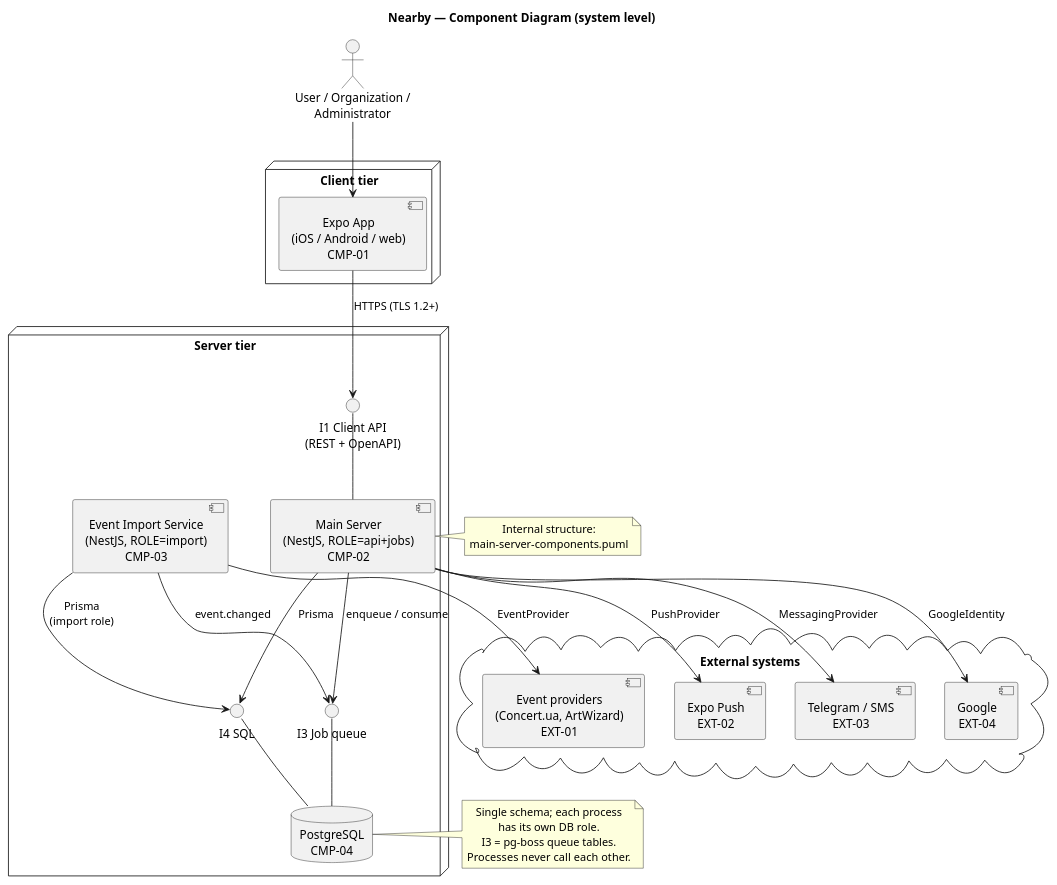
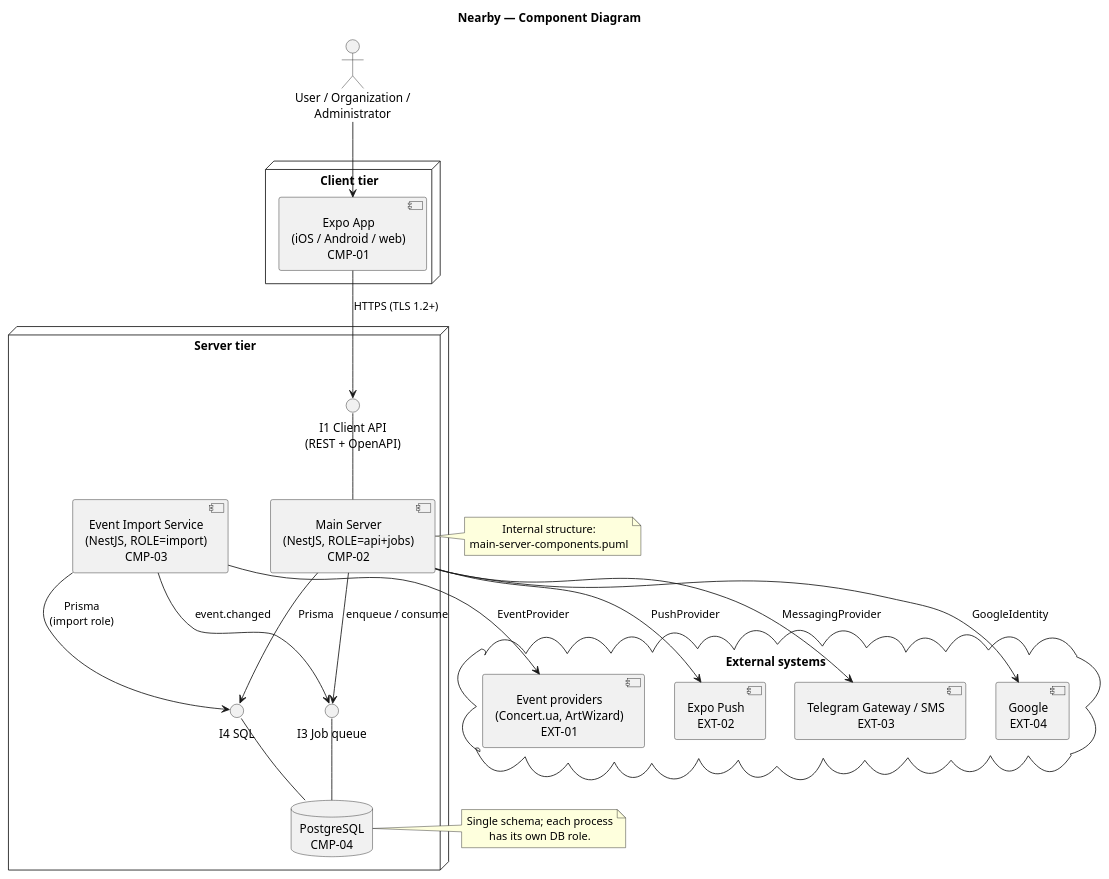
Before and after one commit to ukma-fin-ssdm-2026/pun-intended-team: the diagram in docs/architecture/uml/component-diagram.puml, drawn with PlantUML. The commit also changed 8 other files, not shown here.

Commit message:
(#52) Apply data model changes to architecture docs

```diff
--- a/docs/architecture/uml/component-diagram.puml
+++ b/docs/architecture/uml/component-diagram.puml
@@ -1,59 +1,61 @@
 @startuml component-diagram
-title Nearby — Component Diagram (system level)
+/'
+  AI Usage Note
+  Drafted with Claude from an architecture discussion led by Viktoriia Baran.
+'/
+title Nearby — Component Diagram
 
 skinparam componentStyle uml2
 skinparam shadowing false
 skinparam defaultTextAlignment center
 
 actor "User / Organization /\nAdministrator" as Actor
 
 node "Client tier" {
   [Expo App\n(iOS / Android / web)\nCMP-01] as CMP01
 }
 
 node "Server tier" {
   () "I1 Client API\n(REST + OpenAPI)" as I1
   [Main Server\n(NestJS, ROLE=api+jobs)\nCMP-02] as CMP02
-  [Event Import Service\n(NestJS, ROLE=import)\nCMP-03] as CMP04
+  [Event Import Service\n(NestJS, ROLE=import)\nCMP-03] as CMP03
 
   () "I4 SQL" as I4
   () "I3 Job queue" as I3
-  database "PostgreSQL\nCMP-04" as CMP05
+  database "PostgreSQL\nCMP-04" as CMP04
 }
 
 cloud "External systems" {
   [Expo Push\nEXT-02] as EXT02
-  [Telegram / SMS\nEXT-03] as EXT03
+  [Telegram Gateway / SMS\nEXT-03] as EXT03
   [Google\nEXT-04] as EXT04
   [Event providers\n(Concert.ua, ArtWizard)\nEXT-01] as EXT01
 }
 
 Actor --> CMP01
 CMP01 -down-> I1 : HTTPS (TLS 1.2+)
 I1 -down- CMP02
 
 CMP02 -down-> I4 : Prisma
-CMP04 -down-> I4 : Prisma\n(import role)
+CMP03 -down-> I4 : Prisma\n(import role)
 CMP02 -down-> I3 : enqueue / consume
-CMP04 -down-> I3 : event.changed
-I4 -down- CMP05
-I3 -down- CMP05
+CMP03 -down-> I3 : event.changed
+I4 -down- CMP04
+I3 -down- CMP04
 
 CMP02 -down-> EXT02 : «PushProvider»
 CMP02 -down-> EXT03 : «MessagingProvider»
 CMP02 -down-> EXT04 : «GoogleIdentity»
-CMP04 -down-> EXT01 : «EventProvider»
+CMP03 -down-> EXT01 : «EventProvider»
 
-note right of CMP05
+note right of CMP04
   Single schema; each process
   has its own DB role.
-  I3 = pg-boss queue tables.
-  Processes never call each other.
 end note
 
 note left of CMP02
   Internal structure:
   main-server-components.puml
 end note
 
 @enduml
```
